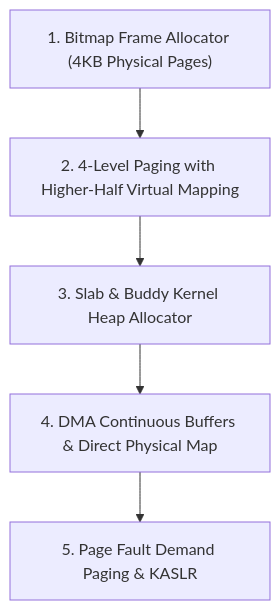
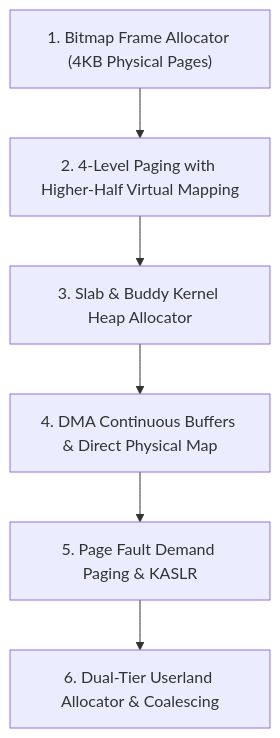
Before and after one commit to mrvlous/keira: the diagram in docs/journey/memory.md, drawn with Mermaid. The commit also changed other lines of this file and 8 other files, not shown here.

Commit message:
feat(user): implement buffered stdio streams and dual-tier memory allocator

````diff
--- a/docs/journey/memory.md
+++ b/docs/journey/memory.md
@@ -11,7 +11,8 @@
 ```mermaid
 graph TD
     Phase1["1. Bitmap Frame Allocator (4KB Physical Pages)"] --> Phase2["2. 4-Level Paging with Higher-Half Virtual Mapping"]
     Phase2 --> Phase3["3. Slab & Buddy Kernel Heap Allocator"]
     Phase3 --> Phase4["4. DMA Continuous Buffers & Direct Physical Map"]
     Phase4 --> Phase5["5. Page Fault Demand Paging & KASLR"]
+    Phase5 --> Phase6["6. Dual-Tier Userland Allocator & Coalescing"]
 ```
````
